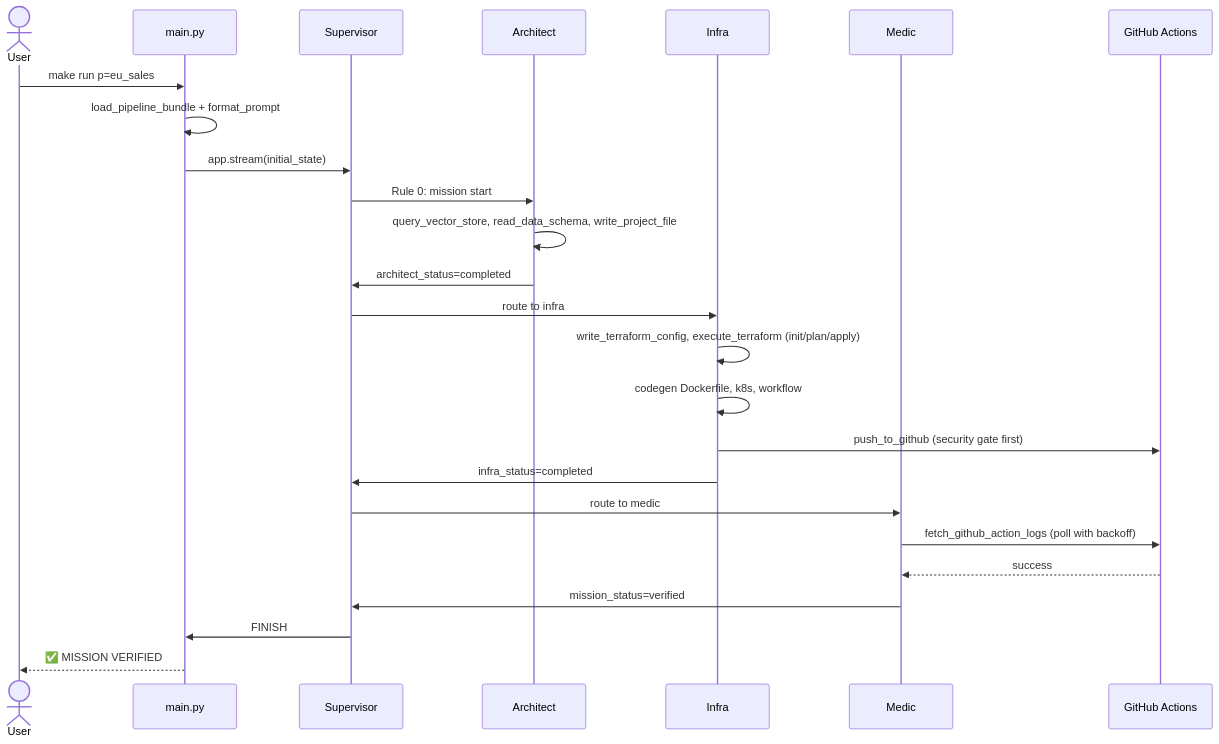
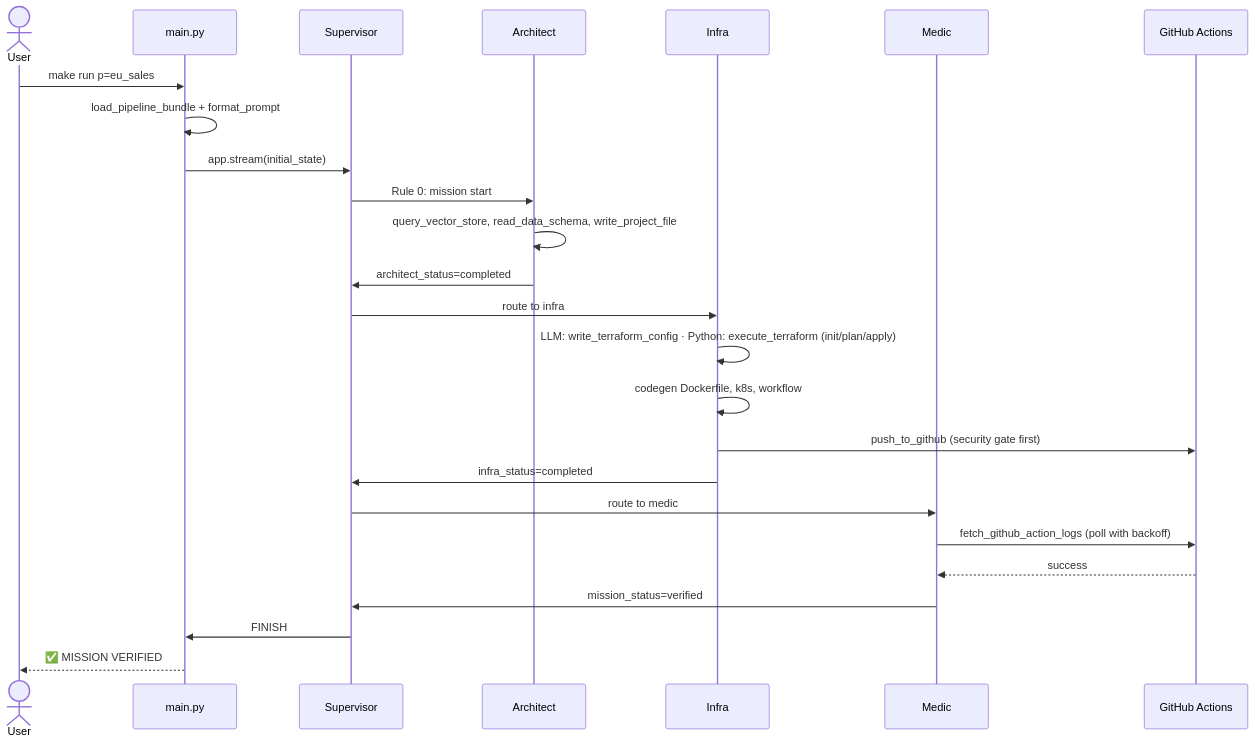
The fourth of 8 diagrams in PROJECT_GUIDE.md (princydodia2312/self-healing-multi-cloud-agents), drawn with Mermaid before and after one commit. The commit also changed other lines of this file and 1 other file, not shown here.

Commit message:
docs: which steps use the LLM, per-agent models, --resume

````diff
--- a/PROJECT_GUIDE.md
+++ b/PROJECT_GUIDE.md
@@ -261,27 +261,27 @@
 ```mermaid
 sequenceDiagram
     actor U as User
     participant Main as main.py
     participant S as Supervisor
     participant A as Architect
     participant I as Infra
     participant M as Medic
     participant GH as GitHub Actions
     U->>Main: make run p=eu_sales
     Main->>Main: load_pipeline_bundle + format_prompt
     Main->>S: app.stream(initial_state)
     S->>A: Rule 0: mission start
     A->>A: query_vector_store, read_data_schema, write_project_file
     A->>S: architect_status=completed
     S->>I: route to infra
-    I->>I: write_terraform_config, execute_terraform (init/plan/apply)
+    I->>I: LLM: write_terraform_config · Python: execute_terraform (init/plan/apply)
     I->>I: codegen Dockerfile, k8s, workflow
     I->>GH: push_to_github (security gate first)
     I->>S: infra_status=completed
     S->>M: route to medic
     M->>GH: fetch_github_action_logs (poll with backoff)
     GH-->>M: success
     M->>S: mission_status=verified
     S->>Main: FINISH
     Main-->>U: ✅ MISSION VERIFIED
 ```
````
